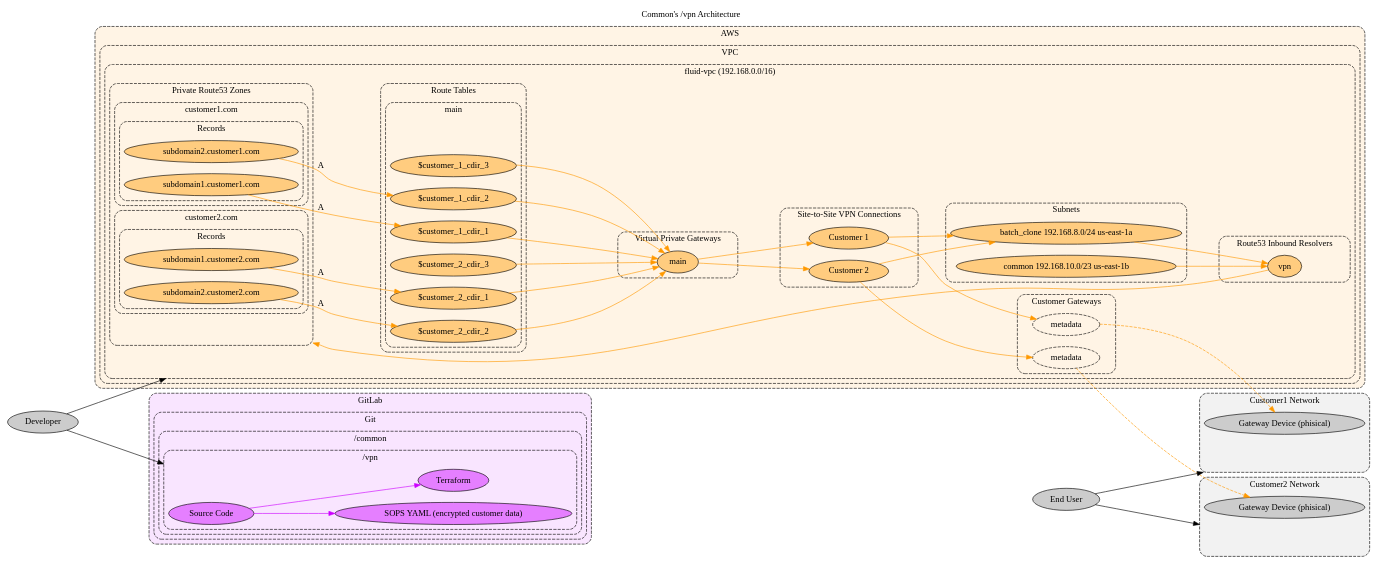
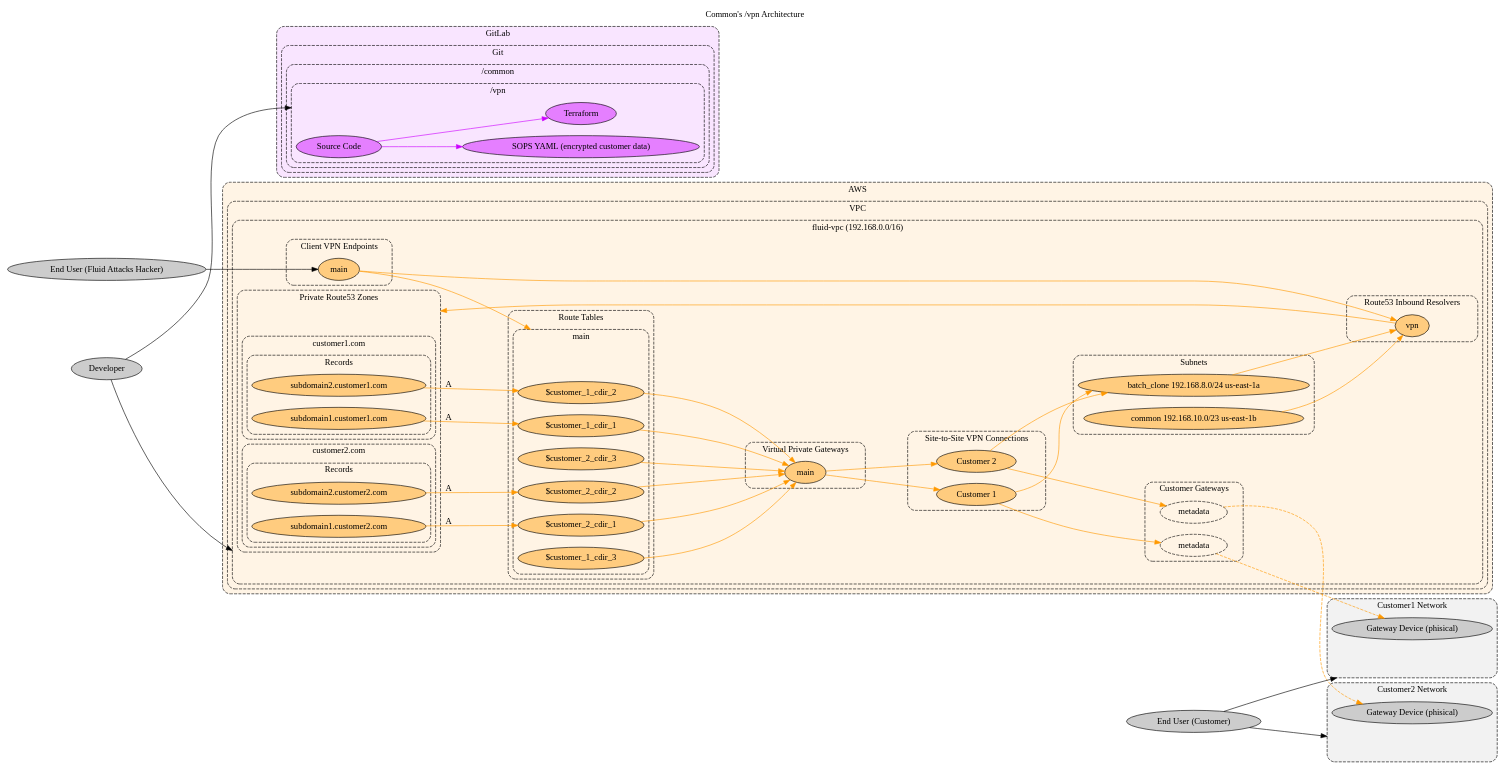
One commit to jeanbaptistemora/fluidattacks-universe2 changed the diagram in docs/src/docs/development/products/common/vpn-arch.dot. Above: the diagram before and after it, drawn with Graphviz. The commit also changed 3 other files, not shown here.

```diff
--- a/docs/src/docs/development/products/common/vpn-arch.dot
+++ b/docs/src/docs/development/products/common/vpn-arch.dot
@@ -25,6 +25,12 @@
         label="fluid-vpc (192.168.0.0/16)"
 
         cluster_aws_vpc_fluid_vpc[label="" style="invis"]
+
+        subgraph cluster_aws_client_vpn {
+          label="Client VPN Endpoints"
+
+          aws_client_vpn[label="main"]
+        }
 
         subgraph cluster_aws_route53_inbound_resolver {
           label="Route53 Inbound Resolvers"
@@ -149,6 +155,8 @@
   }
 
   edge[color="0.1 1.0 1.0"]
+  aws_client_vpn -> aws_route53_inbound_resolver_vpn[]
+  aws_client_vpn -> cluster_aws_vpc_fluid_vpc_route_tables_main[lhead="cluster_aws_vpc_fluid_vpc_route_tables_main" ]
   aws_vpc_fluid_vpc_subnets_batch_clone -> aws_route53_inbound_resolver_vpn[]
   aws_vpc_fluid_vpc_subnets_common -> aws_route53_inbound_resolver_vpn[]
   aws_route53_inbound_resolver_vpn -> cluster_aws_route53_zones[lhead="cluster_aws_route53_zones"]
@@ -181,11 +189,13 @@
 
   node[fillcolor="0.0 0.0 0.8"]
   developer[label="Developer"]
-  end_user[label="End User"]
+  end_user_customer[label="End User (Customer)"]
+  end_user_hacker[label="End User (Fluid Attacks Hacker)"]
 
   edge[color="0.0 0.0 0.0"]
-  end_user -> cluster_customer1_network[lhead="cluster_customer1_network"]
-  end_user -> cluster_customer2_network[lhead="cluster_customer2_network"]
+  end_user_customer -> cluster_customer1_network[lhead="cluster_customer1_network"]
+  end_user_customer -> cluster_customer2_network[lhead="cluster_customer2_network"]
+  end_user_hacker -> aws_client_vpn[]
   developer -> cluster_aws_vpc_fluid_vpc[lhead="cluster_aws_vpc_fluid_vpc"]
   developer -> cluster_gitlab_git_common_vpn[lhead="cluster_gitlab_git_common_vpn"]
 }
```
